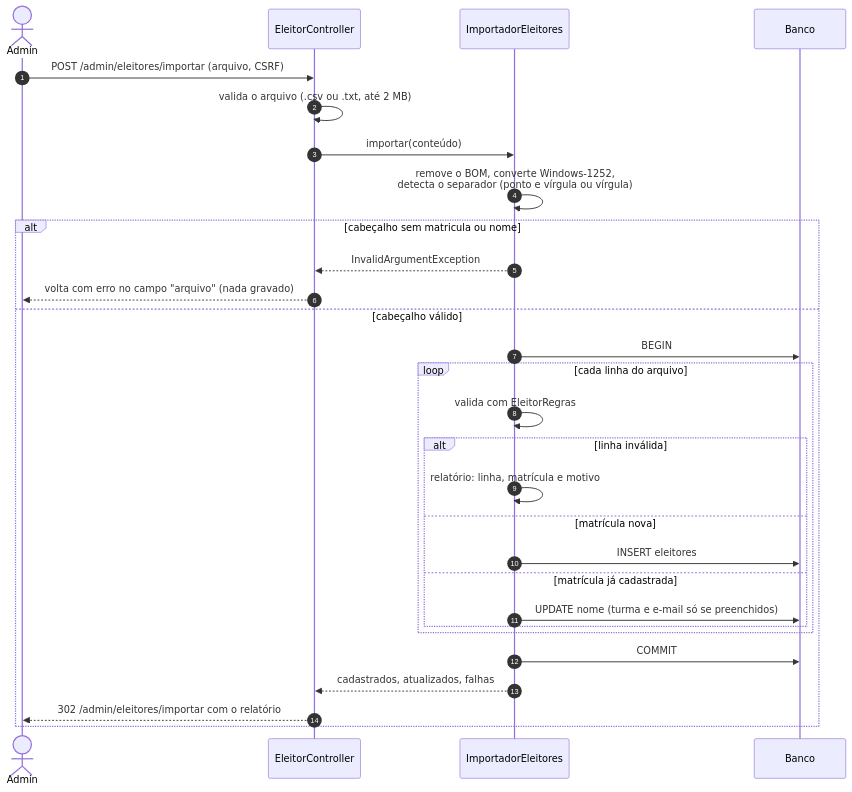
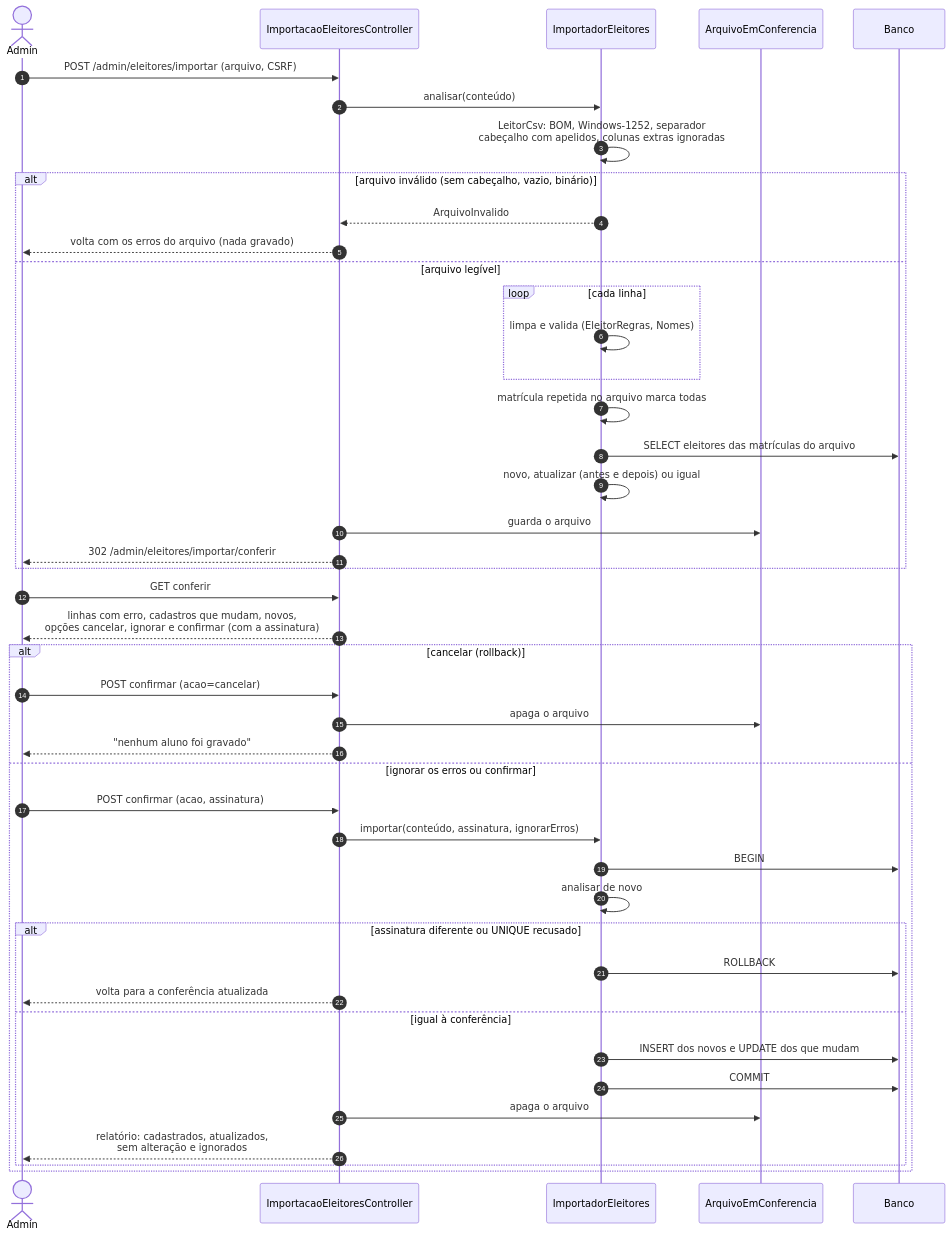
One commit to prof-ronildo-unicatolica/votacao-digitech changed the fourth of 9 diagrams in docs/DIAGRAMAS.md. Above: the diagram before and after it, drawn with Mermaid. The commit also changed other lines of this file and 28 other files, not shown here.

First line of the commit message:
feat: importação de eleitores no fluxo de conferência (H4, D19)

````diff
--- a/docs/DIAGRAMAS.md
+++ b/docs/DIAGRAMAS.md
@@ -145,32 +146,49 @@
 ```mermaid
 sequenceDiagram
     autonumber
     actor A as Admin
-    participant C as EleitorController
+    participant C as ImportacaoEleitoresController
     participant I as ImportadorEleitores
+    participant S as ArquivoEmConferencia
     participant DB as Banco
 
     A->>C: POST /admin/eleitores/importar (arquivo, CSRF)
-    C->>C: valida o arquivo (.csv ou .txt, até 2 MB)
-    C->>I: importar(conteúdo)
-    I->>I: remove o BOM, converte Windows-1252,<br/>detecta o separador (ponto e vírgula ou vírgula)
-    alt cabeçalho sem matricula ou nome
-        I-->>C: InvalidArgumentException
-        C-->>A: volta com erro no campo "arquivo" (nada gravado)
-    else cabeçalho válido
+    C->>I: analisar(conteúdo)
+    I->>I: LeitorCsv: BOM, Windows-1252, separador<br/>cabeçalho com apelidos, colunas extras ignoradas
+    alt arquivo inválido (sem cabeçalho, vazio, binário)
+        I-->>C: ArquivoInvalido
+        C-->>A: volta com os erros do arquivo (nada gravado)
+    else arquivo legível
+        loop cada linha
+            I->>I: limpa e valida (EleitorRegras, Nomes)
+        end
+        I->>I: matrícula repetida no arquivo marca todas
+        I->>DB: SELECT eleitores das matrículas do arquivo
+        I->>I: novo, atualizar (antes e depois) ou igual
+        C->>S: guarda o arquivo
+        C-->>A: 302 /admin/eleitores/importar/conferir
+    end
+
+    A->>C: GET conferir
+    C-->>A: linhas com erro, cadastros que mudam, novos,<br/>opções cancelar, ignorar e confirmar (com a assinatura)
+
+    alt cancelar (rollback)
+        A->>C: POST confirmar (acao=cancelar)
+        C->>S: apaga o arquivo
+        C-->>A: "nenhum aluno foi gravado"
+    else ignorar os erros ou confirmar
+        A->>C: POST confirmar (acao, assinatura)
+        C->>I: importar(conteúdo, assinatura, ignorarErros)
         I->>DB: BEGIN
-        loop cada linha do arquivo
-            I->>I: valida com EleitorRegras
-            alt linha inválida
-                I->>I: relatório: linha, matrícula e motivo
-            else matrícula nova
-                I->>DB: INSERT eleitores
-            else matrícula já cadastrada
-                I->>DB: UPDATE nome (turma e e-mail só se preenchidos)
-            end
+        I->>I: analisar de novo
+        alt assinatura diferente ou UNIQUE recusado
+            I->>DB: ROLLBACK
+            C-->>A: volta para a conferência atualizada
+        else igual à conferência
+            I->>DB: INSERT dos novos e UPDATE dos que mudam
+            I->>DB: COMMIT
+            C->>S: apaga o arquivo
+            C-->>A: relatório: cadastrados, atualizados,<br/>sem alteração e ignorados
         end
-        I->>DB: COMMIT
-        I-->>C: cadastrados, atualizados, falhas
-        C-->>A: 302 /admin/eleitores/importar com o relatório
     end
 ```
````
